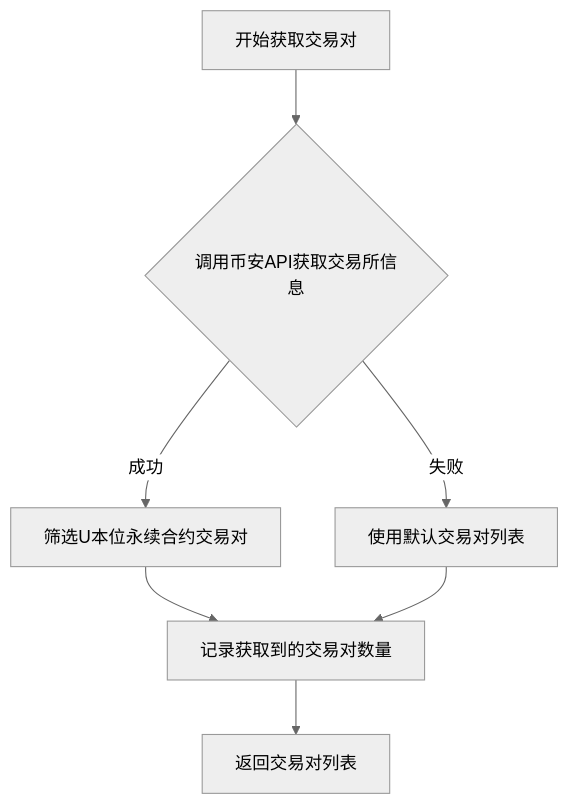
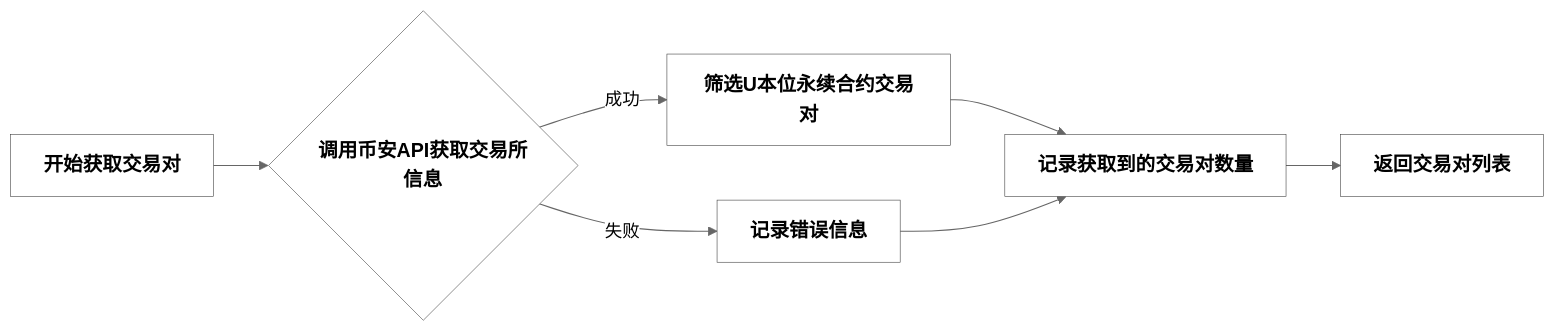
The third of 16 diagrams in docs/kline_data_download_flow.md (workkkfor2012/BinanceCryptoKline), drawn with Mermaid (neutral theme) before and after one commit. The commit also changed other lines of this file and 49 other files, not shown here.

````diff
--- a/docs/kline_data_download_flow.md
+++ b/docs/kline_data_download_flow.md
@@ -27,9 +37,11 @@
 ```mermaid
-flowchart TD
-    A[开始获取交易对] --> B{调用币安API获取交易所信息}
-    B -->|成功| C[筛选U本位永续合约交易对]
-    B -->|失败| D[使用默认交易对列表]
-    C --> E[记录获取到的交易对数量]
-    D --> E
-    E --> F[返回交易对列表]
+flowchart LR
+    A["开始获取交易对"]-->B{"调用币安API获取交易所信息"}
+    B-->|成功|C["筛选U本位永续合约交易对"]-->E["记录获取到的交易对数量"]-->F["返回交易对列表"]
+    B-->|失败|D["记录错误信息"]-->E
+
+    %% 设置所有节点样式
+    classDef nodeStyle fill:#ffffff,stroke:#333,color:black,font-weight:bold,font-size:18px
+    class A,B,C,D,E,F nodeStyle
+    classDef default fill:#f9f9f9,stroke:#333,stroke-width:0.5px;
 ```
````
